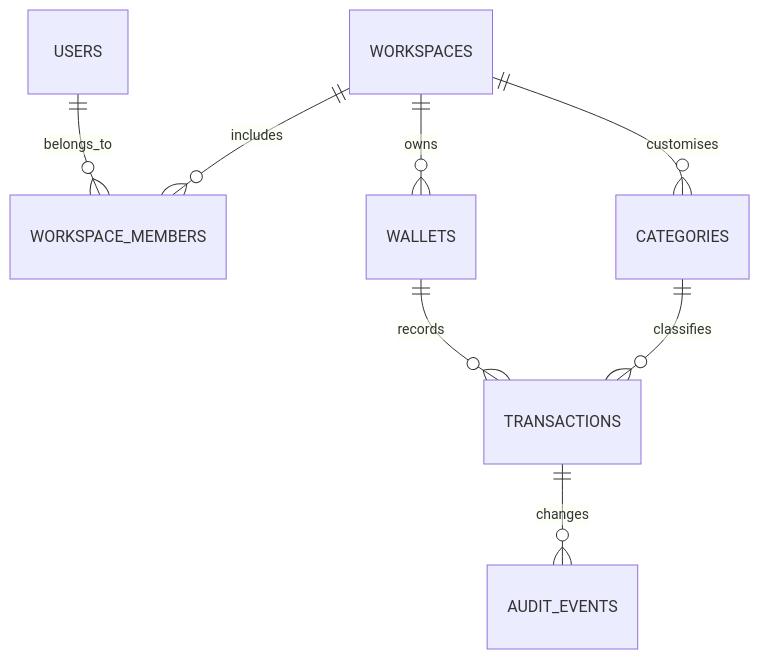
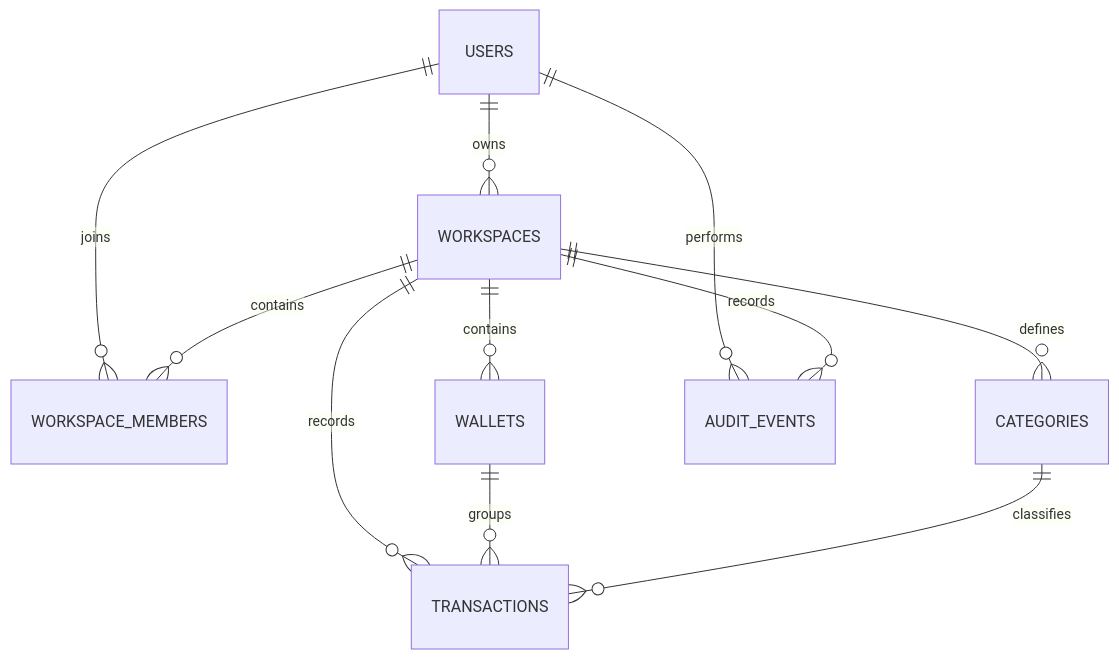
The second of 3 diagrams in docs/architecture.md (rakshitnayak/bucks), drawn with Mermaid before and after one commit. The commit also changed other lines of this file and 1 other file, not shown here.

Commit message:
Refocus documentation on current architecture

````diff
--- a/docs/architecture.md
+++ b/docs/architecture.md
@@ -73,10 +95,13 @@
 ```mermaid
 erDiagram
-  USERS ||--o{ WORKSPACE_MEMBERS : belongs_to
-  WORKSPACES ||--o{ WORKSPACE_MEMBERS : includes
-  WORKSPACES ||--o{ WALLETS : owns
-  WORKSPACES ||--o{ CATEGORIES : customises
-  WALLETS ||--o{ TRANSACTIONS : records
+  USERS ||--o{ WORKSPACES : owns
+  USERS ||--o{ WORKSPACE_MEMBERS : joins
+  WORKSPACES ||--o{ WORKSPACE_MEMBERS : contains
+  WORKSPACES ||--o{ WALLETS : contains
+  WORKSPACES ||--o{ CATEGORIES : defines
+  WORKSPACES ||--o{ TRANSACTIONS : records
+  WALLETS ||--o{ TRANSACTIONS : groups
   CATEGORIES ||--o{ TRANSACTIONS : classifies
-  TRANSACTIONS ||--o{ AUDIT_EVENTS : changes
+  USERS ||--o{ AUDIT_EVENTS : performs
+  WORKSPACES ||--o{ AUDIT_EVENTS : records
 ```
````
